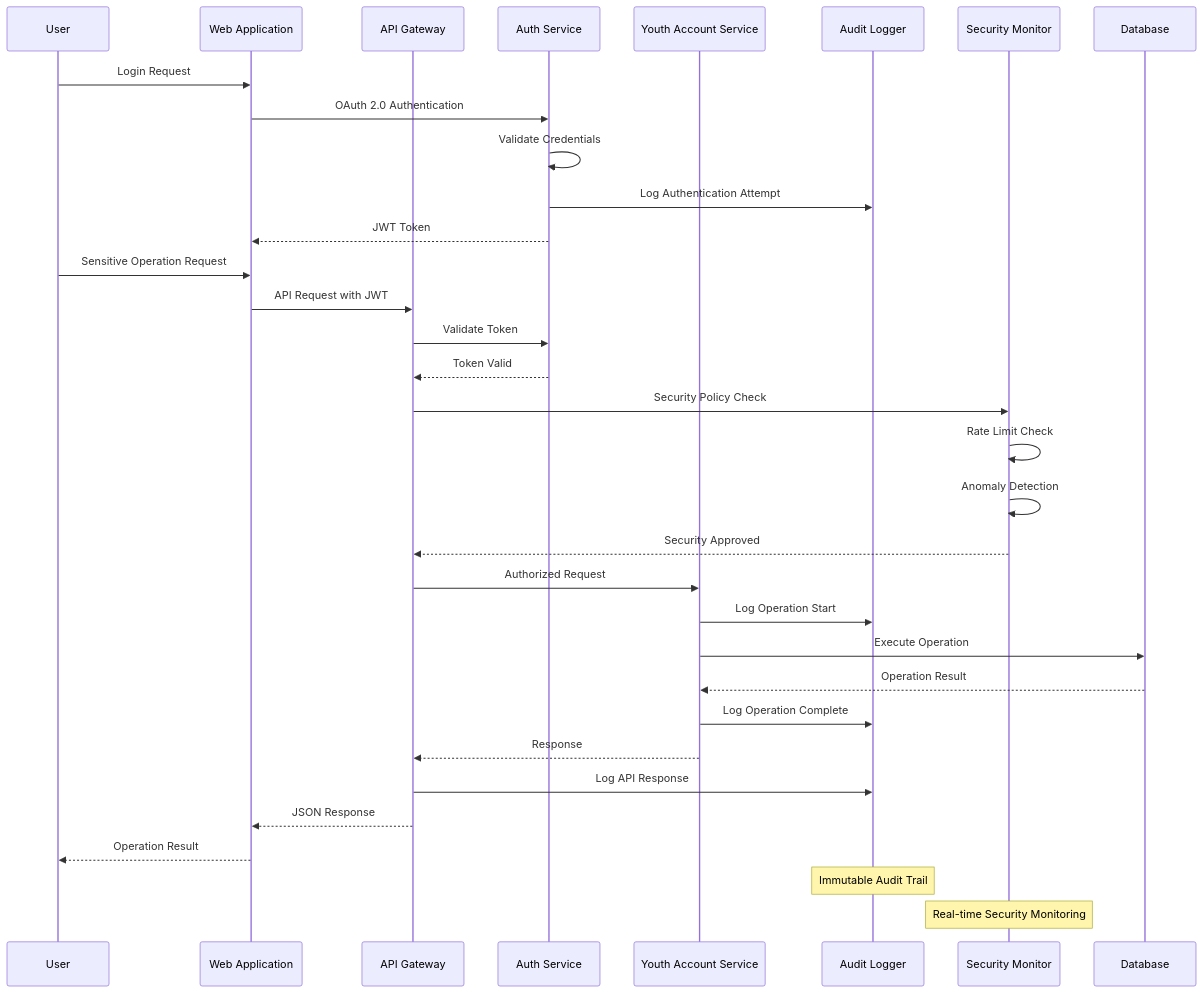
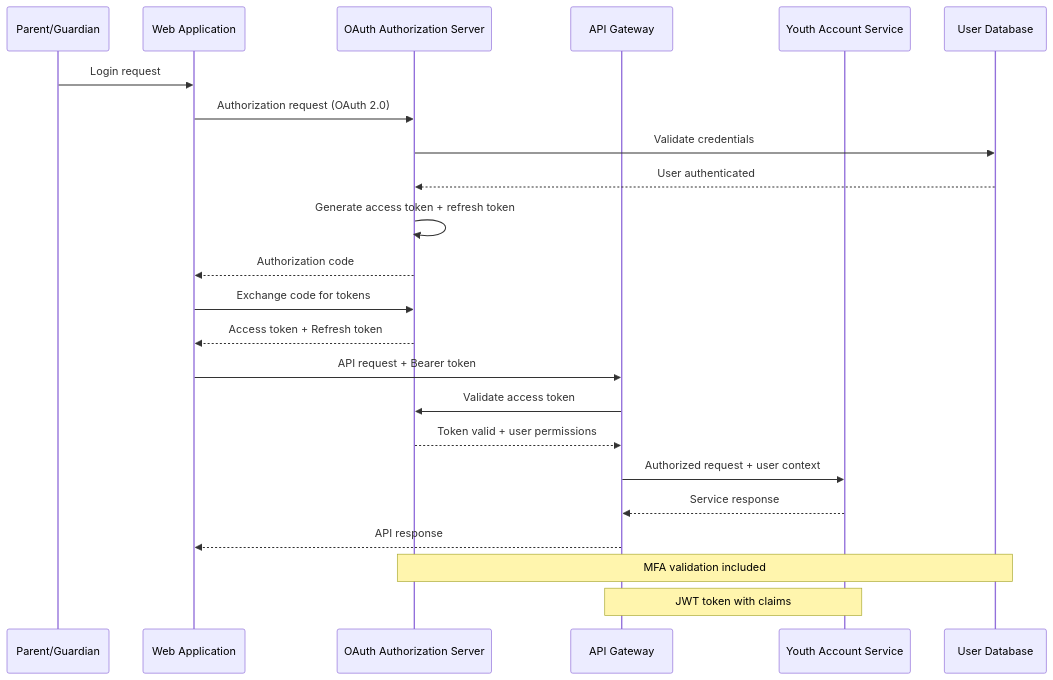
The seventh of 7 diagrams in API Development/Components and Sequence Diagrams/sequence_diagram.md (ThapaswiASC/SCIB-INCEPTION-PHASE-DEMO), drawn with Mermaid before and after one commit. The commit also changed other lines of this file and 1 other file, not shown here.

````diff
--- a/API Development/Components and Sequence Diagrams/sequence_diagram.md
+++ b/API Development/Components and Sequence Diagrams/sequence_diagram.md
@@ -323,41 +309,28 @@
 ```mermaid
 sequenceDiagram
-    participant U as User
-    participant WA as Web Application
-    participant AG as API Gateway
-    participant AS as Auth Service
-    participant YS as Youth Account Service
-    participant AL as Audit Logger
-    participant SM as Security Monitor
-    participant DB as Database
+    participant User as Parent/Guardian
+    participant WebApp as Web Application
+    participant AuthServer as OAuth Authorization Server
+    participant APIGateway as API Gateway
+    participant Service as Youth Account Service
+    participant Database as User Database
 
-    U->>WA: Login Request
-    WA->>AS: OAuth 2.0 Authentication
-    AS->>AS: Validate Credentials
-    AS->>AL: Log Authentication Attempt
-    AS-->>WA: JWT Token
+    User->>WebApp: Login request
+    WebApp->>AuthServer: Authorization request (OAuth 2.0)
+    AuthServer->>Database: Validate credentials
+    Database-->>AuthServer: User authenticated
+    AuthServer->>AuthServer: Generate access token + refresh token
+    AuthServer-->>WebApp: Authorization code
+    WebApp->>AuthServer: Exchange code for tokens
+    AuthServer-->>WebApp: Access token + Refresh token
     
-    U->>WA: Sensitive Operation Request
-    WA->>AG: API Request with JWT
-    AG->>AS: Validate Token
-    AS-->>AG: Token Valid
+    WebApp->>APIGateway: API request + Bearer token
+    APIGateway->>AuthServer: Validate access token
+    AuthServer-->>APIGateway: Token valid + user permissions
+    APIGateway->>Service: Authorized request + user context
+    Service-->>APIGateway: Service response
+    APIGateway-->>WebApp: API response
     
-    AG->>SM: Security Policy Check
-    SM->>SM: Rate Limit Check
-    SM->>SM: Anomaly Detection
-    SM-->>AG: Security Approved
-    
-    AG->>YS: Authorized Request
-    YS->>AL: Log Operation Start
-    YS->>DB: Execute Operation
-    DB-->>YS: Operation Result
-    YS->>AL: Log Operation Complete
-    
-    YS-->>AG: Response
-    AG->>AL: Log API Response
-    AG-->>WA: JSON Response
-    WA-->>U: Operation Result
-    
-    Note over AL: Immutable Audit Trail
-    Note over SM: Real-time Security Monitoring
+    Note over AuthServer,Database: MFA validation included
+    Note over APIGateway,Service: JWT token with claims
 ```
````
